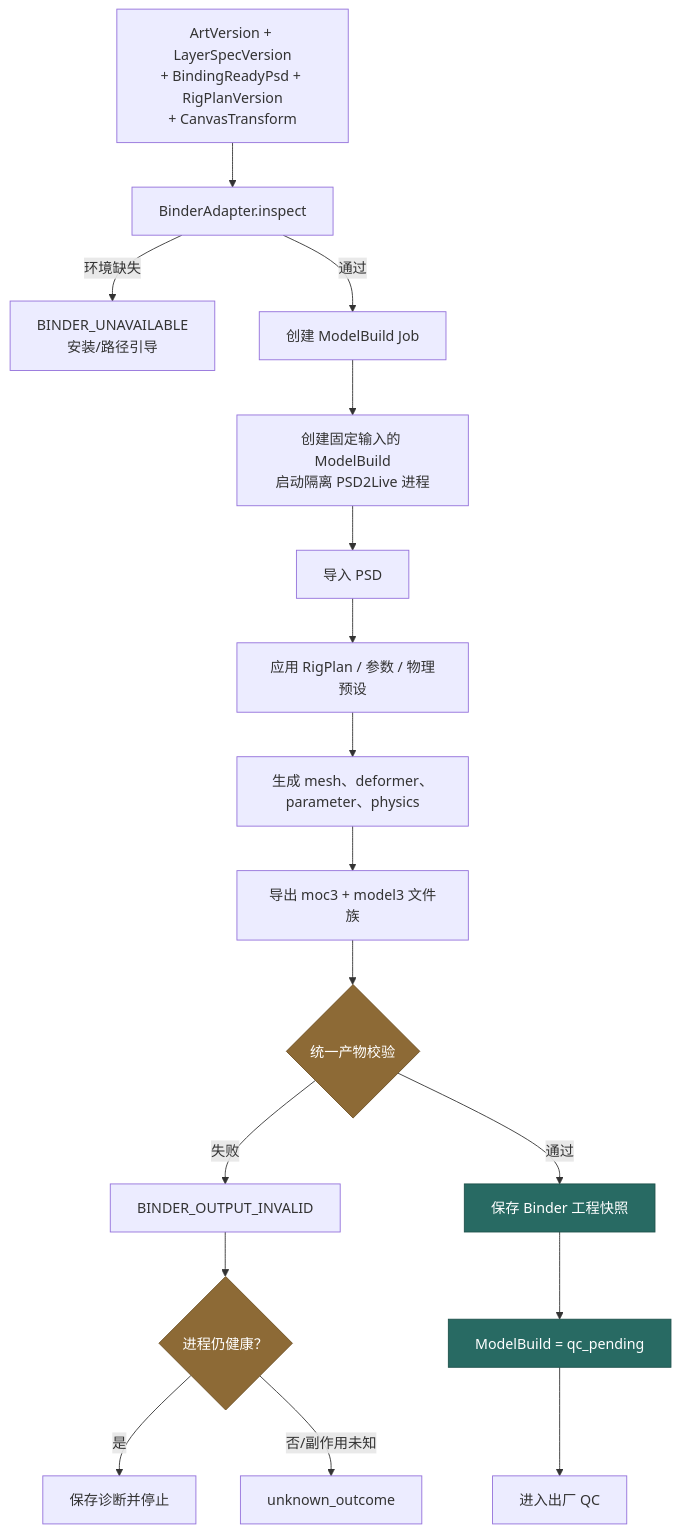
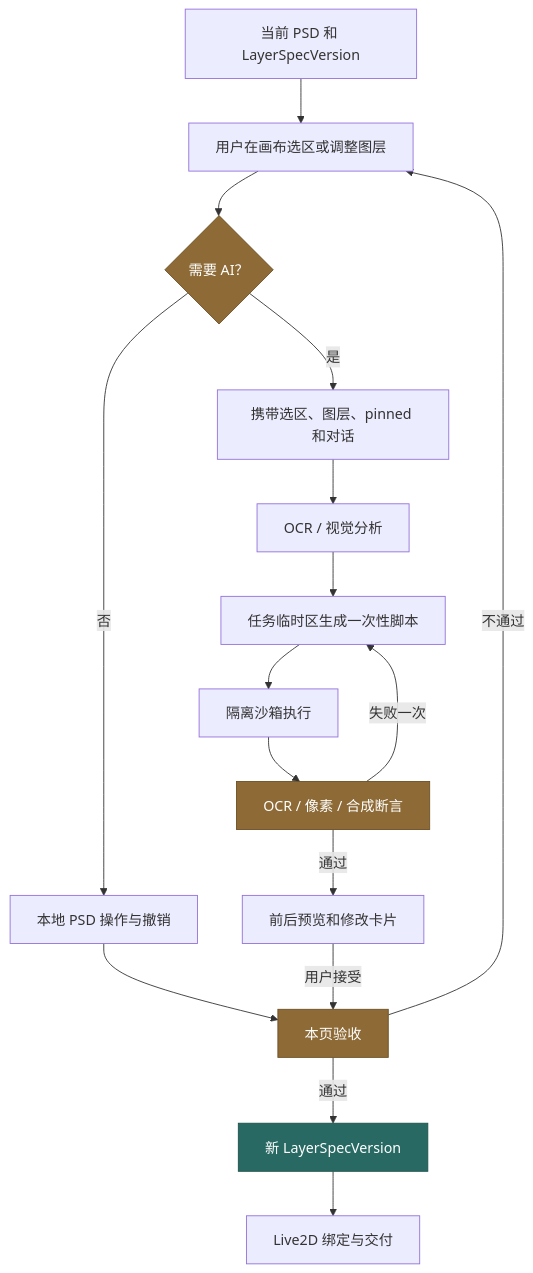
One commit to fupingyezi/agent2live changed the eighth of 21 diagrams in docs/architecture/2026-11-08-stage-workflows.md. Above: the diagram before and after it, drawn with Mermaid. The commit also changed other lines of this file and 11 other files, not shown here.

Commit message:
docs: update live2D workbench architecture

````diff
--- a/docs/architecture/2026-11-08-stage-workflows.md
+++ b/docs/architecture/2026-11-08-stage-workflows.md
@@ -328,24 +311,23 @@
 ```mermaid
 flowchart TD
-  A["ArtVersion + LayerSpecVersion<br/>+ BindingReadyPsd + RigPlanVersion<br/>+ CanvasTransform"] --> B["BinderAdapter.inspect"]
-  B -->|环境缺失| B1["BINDER_UNAVAILABLE<br/>安装/路径引导"]
-  B -->|通过| C["创建 ModelBuild Job"]
-  C --> D["创建固定输入的 ModelBuild<br/>启动隔离 PSD2Live 进程"]
-  D --> E["导入 PSD"]
-  E --> F["应用 RigPlan / 参数 / 物理预设"]
-  F --> G["生成 mesh、deformer、parameter、physics"]
-  G --> H["导出 moc3 + model3 文件族"]
-  H --> I{"统一产物校验"}
-  I -->|失败| I1["BINDER_OUTPUT_INVALID"]
-  I1 --> J{"进程仍健康？"}
-  J -->|是| K["保存诊断并停止"]
-  J -->|否/副作用未知| L["unknown_outcome"]
-  I -->|通过| M["保存 Binder 工程快照"]
-  M --> N["ModelBuild = qc_pending"]
-  N --> O["进入出厂 QC"]
+  A["当前 PSD 和 LayerSpecVersion"] --> B["用户在画布选区或调整图层"]
+  B --> C{"需要 AI？"}
+  C -->|否| D["本地 PSD 操作与撤销"]
+  C -->|是| E["携带选区、图层、pinned 和对话"]
+  E --> F["OCR / 视觉分析"]
+  F --> G["任务临时区生成一次性脚本"]
+  G --> H["隔离沙箱执行"]
+  H --> I["OCR / 像素 / 合成断言"]
+  I -->|失败一次| G
+  I -->|通过| J["前后预览和修改卡片"]
+  D --> K["本页验收"]
+  J -->|用户接受| K
+  K -->|不通过| B
+  K -->|通过| L["新 LayerSpecVersion"]
+  L --> M["Live2D 绑定与交付"]
 
   classDef gate fill:#8d6a36,color:#fff,stroke:#6d4f24;
   classDef artifact fill:#286a63,color:#fff,stroke:#1d514b;
-  class I,J gate;
-  class M,N artifact;
+  class C,I,K gate;
+  class L artifact;
 ```
````
